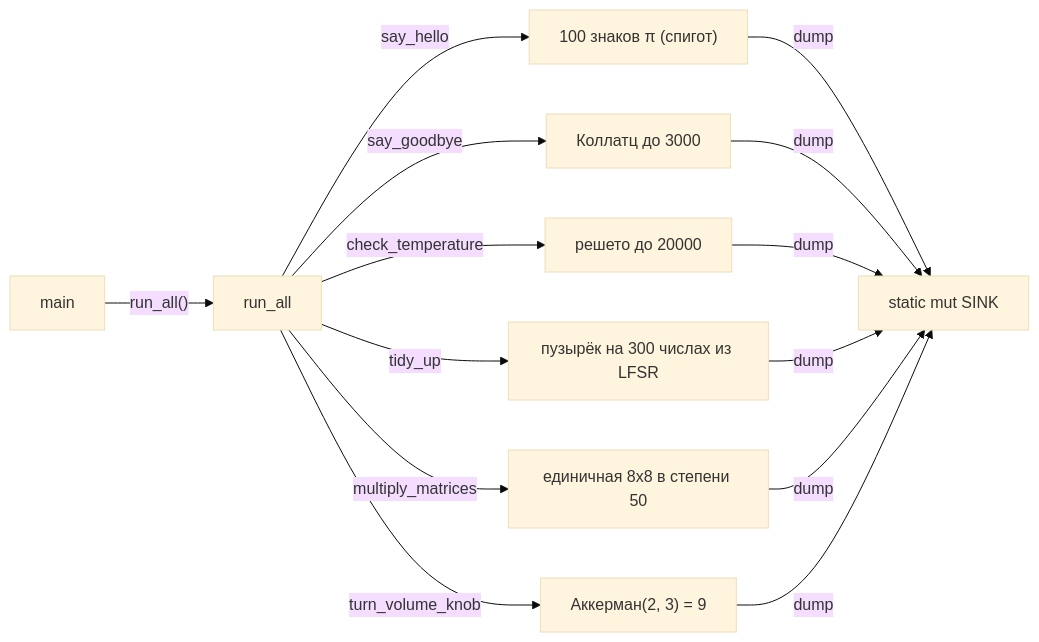
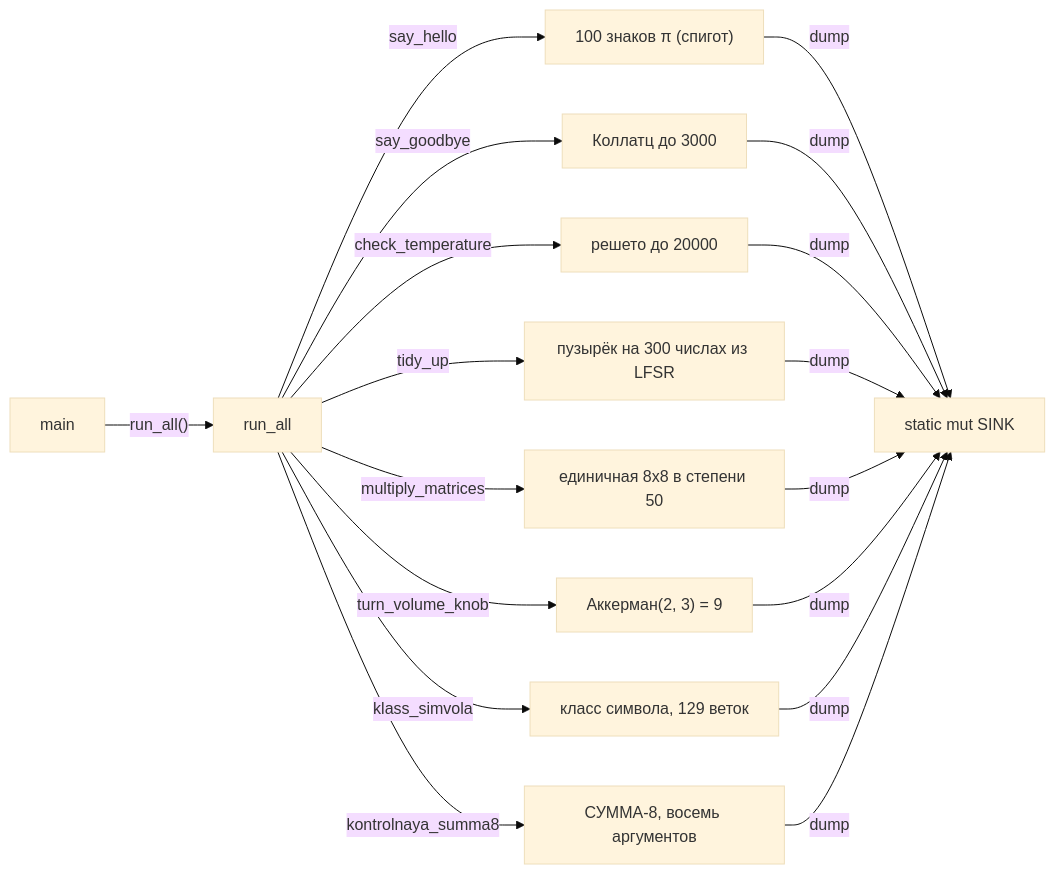
Before and after one commit to loki5512344ss/SummumOS: the tenth of 29 diagrams in чертежи.md, drawn with Mermaid (base theme). The commit also changed other lines of this file and 4 other files, not shown here.

Commit message:
Гавнокод-квота: гигантский match на 129 веток, 8-аргументная сумма и copy-paste вместо циклов

````diff
--- a/чертежи.md
+++ b/чертежи.md
@@ -236,19 +236,23 @@
 ```mermaid
 graph LR
     main["main"] -->|"run_all()"| run["run_all"]
 
     run -->|"say_hello"| pi["100 знаков π (спигот)"]
     run -->|"say_goodbye"| col["Коллатц до 3000"]
     run -->|"check_temperature"| sieve["решето до 20000"]
     run -->|"tidy_up"| sort["пузырёк на 300 числах из LFSR"]
     run -->|"multiply_matrices"| mat["единичная 8x8 в степени 50"]
     run -->|"turn_volume_knob"| ack["Аккерман(2, 3) = 9"]
+    run -->|"klass_simvola"| klass["класс символа, 129 веток"]
+    run -->|"kontrolnaya_summa8"| summa["СУММА-8, восемь аргументов"]
 
     pi -->|dump| sink["static mut SINK"]
     col -->|dump| sink
     sieve -->|dump| sink
     sort -->|dump| sink
     mat -->|dump| sink
     ack -->|dump| sink
+    klass -->|dump| sink
+    summa -->|dump| sink
 
 ```
````
